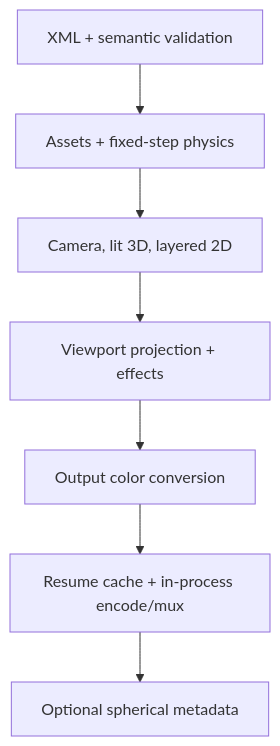
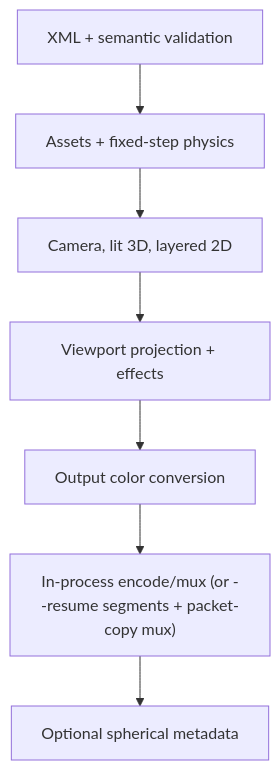
The diagram in docs/architecture.md (pedroanisio/scene-render), drawn with Mermaid before and after one commit. The commit also changed other lines of this file and 37 other files, not shown here.

First line of the commit message:
feat(cli): runtime XSD validation, --hash, segmented resume, --physics-cache

````diff
--- a/docs/architecture.md
+++ b/docs/architecture.md
@@ -86,9 +88,9 @@
 ```mermaid
 flowchart TD
   A["XML + semantic validation"] --> B["Assets + fixed-step physics"]
   B --> C["Camera, lit 3D, layered 2D"]
   C --> D["Viewport projection + effects"]
   D --> E["Output color conversion"]
-  E --> F["Resume cache + in-process encode/mux"]
+  E --> F["In-process encode/mux (or --resume segments + packet-copy mux)"]
   F --> G["Optional spherical metadata"]
 ```
````
